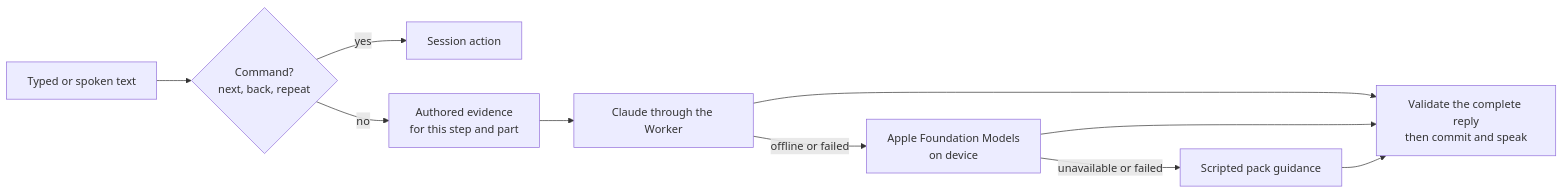
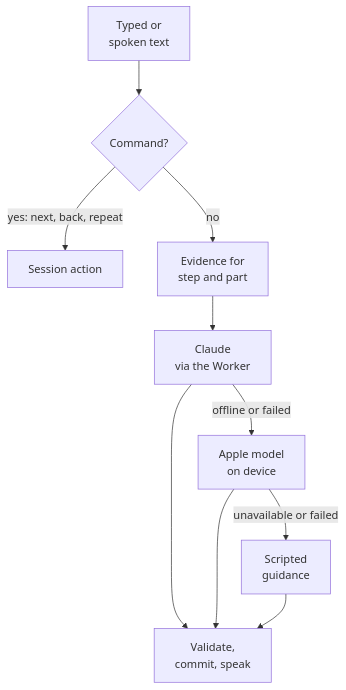
One commit to Xget7/splat-field-guide changed the third of 4 diagrams in README.md. Above: the diagram before and after it, drawn with Mermaid. The commit also changed other lines of this file, not shown here.

Commit message:
Draw the README diagrams top to bottom and trim their labels

````diff
--- a/README.md
+++ b/README.md
@@ -70,12 +62,12 @@
 ```mermaid
-flowchart LR
-  input["Typed or spoken text"] --> router{"Command?<br/>next, back, repeat"}
-  router -->|yes| action["Session action"]
-  router -->|no| evidence["Authored evidence<br/>for this step and part"]
-  evidence --> cloud["Claude through the Worker"]
-  cloud -->|"offline or failed"| apple["Apple Foundation Models<br/>on device"]
-  apple -->|"unavailable or failed"| scripted["Scripted pack guidance"]
-  cloud --> commit["Validate the complete reply<br/>then commit and speak"]
+flowchart TB
+  input["Typed or<br/>spoken text"] --> router{"Command?"}
+  router -->|"yes: next, back, repeat"| action["Session action"]
+  router -->|no| evidence["Evidence for<br/>step and part"]
+  evidence --> cloud["Claude<br/>via the Worker"]
+  cloud -->|"offline or failed"| apple["Apple model<br/>on device"]
+  apple -->|"unavailable or failed"| scripted["Scripted<br/>guidance"]
+  cloud --> commit["Validate,<br/>commit, speak"]
   apple --> commit
   scripted --> commit
 ```
````
